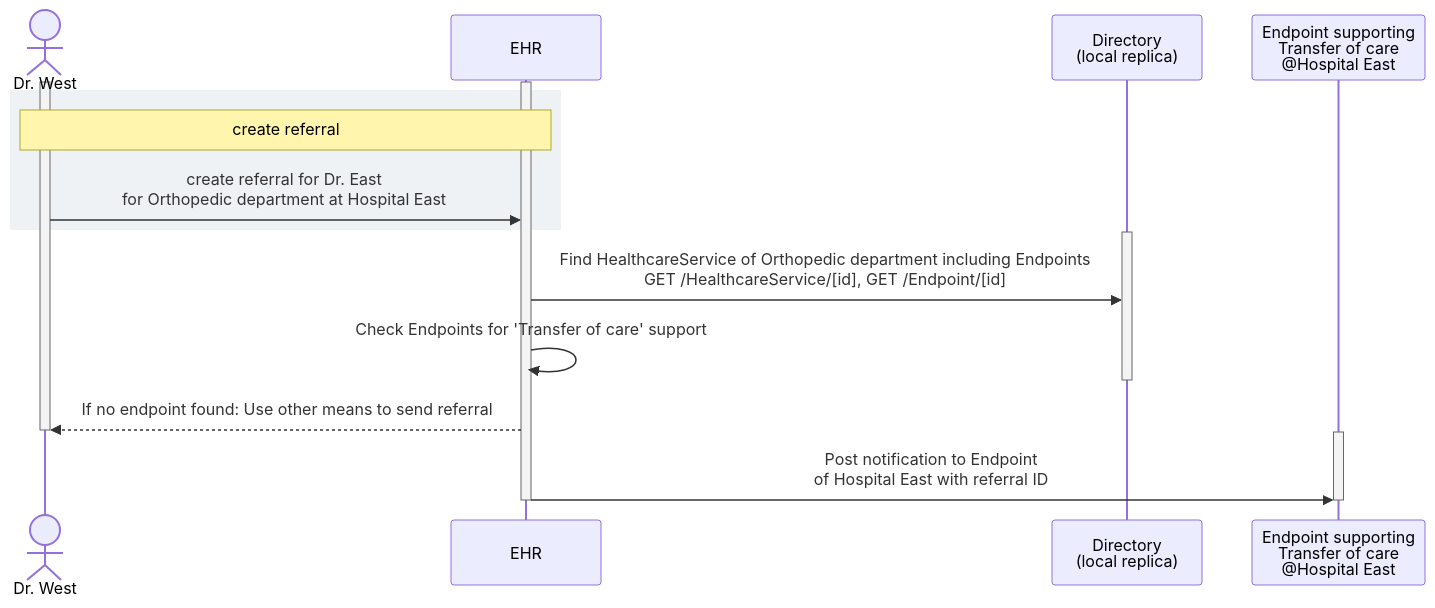
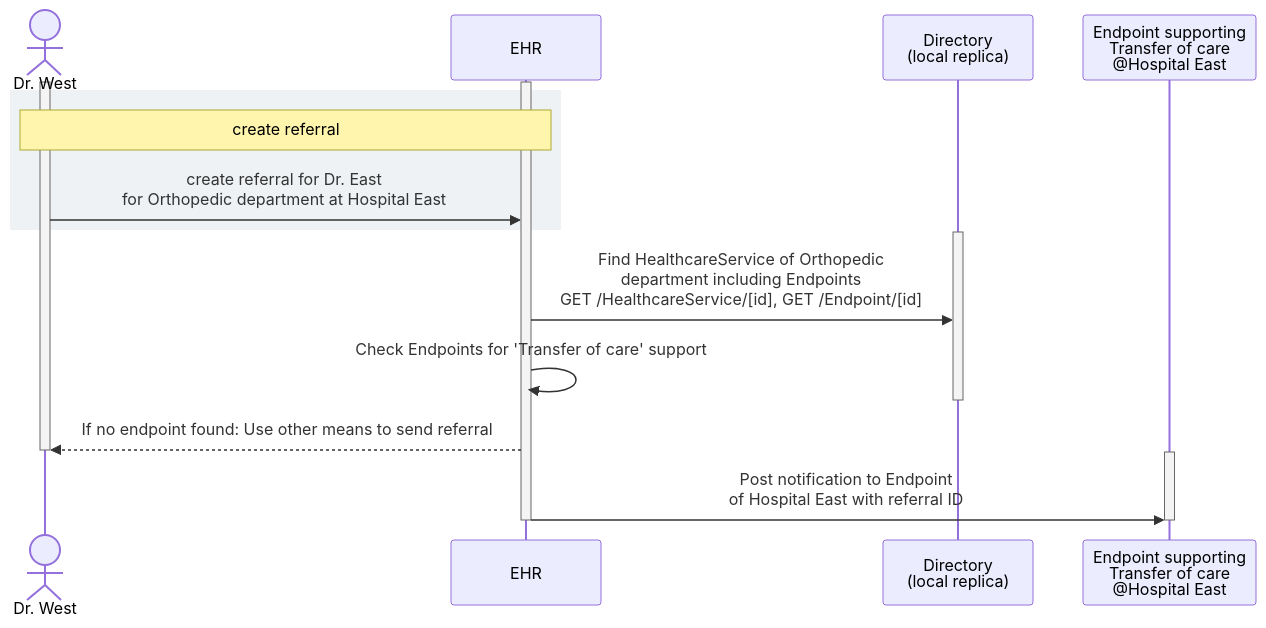
Before and after one commit to minvws/generiekefuncties-docs: the seventh of 8 diagrams in input/pagecontent/care-services.md, drawn with Mermaid. The commit also changed other lines of this file and 2 other files, not shown here.

Commit message:
fix mermaid scaling

````diff
--- a/input/pagecontent/care-services.md
+++ b/input/pagecontent/care-services.md
@@ -494,24 +494,24 @@
 ```mermaid
 sequenceDiagram
     actor Doctor as Dr. West
     participant EHR as EHR
     participant CSD as Directory<br/>(local replica)
     participant EHR2 as Endpoint supporting<br/>Transfer of care<br/>@Hospital East
 
     activate Doctor
     activate EHR
     rect rgb(238, 242, 245)
         Note over Doctor,EHR: create referral
         Doctor->>EHR: create referral for Dr. East<br/>for Orthopedic department at Hospital East
     end
     activate CSD
-    EHR->>CSD: Find HealthcareService of Orthopedic department including Endpoints<br/>GET /HealthcareService/[id], GET /Endpoint/[id]
+    EHR->>CSD: Find HealthcareService of Orthopedic<br/>department including Endpoints<br/>GET /HealthcareService/[id], GET /Endpoint/[id]
     EHR->>EHR: Check Endpoints for 'Transfer of care' support
     deactivate CSD
     EHR-->>Doctor: If no endpoint found: Use other means to send referral
     deactivate Doctor
     activate EHR2
     EHR->>EHR2: Post notification to Endpoint<br/>of Hospital East with referral ID
     deactivate EHR
     deactivate EHR2
 ```
````
